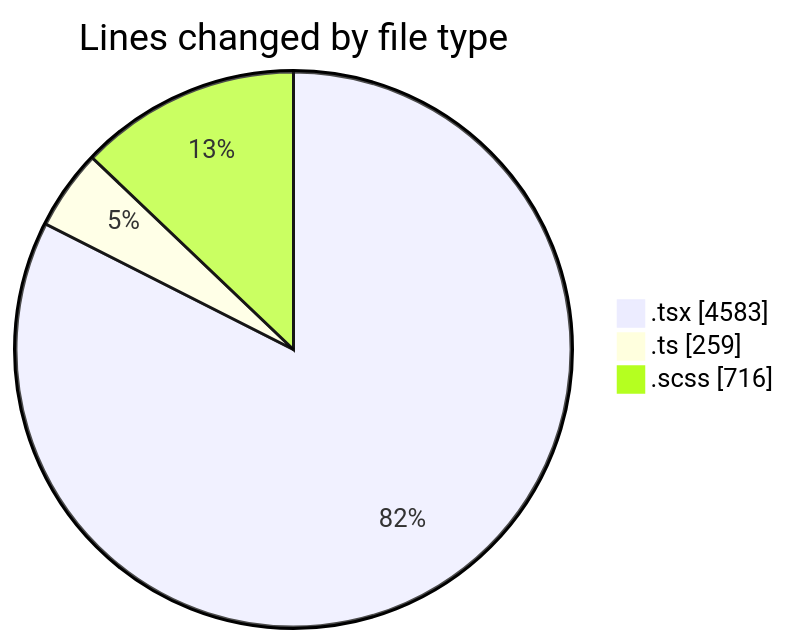
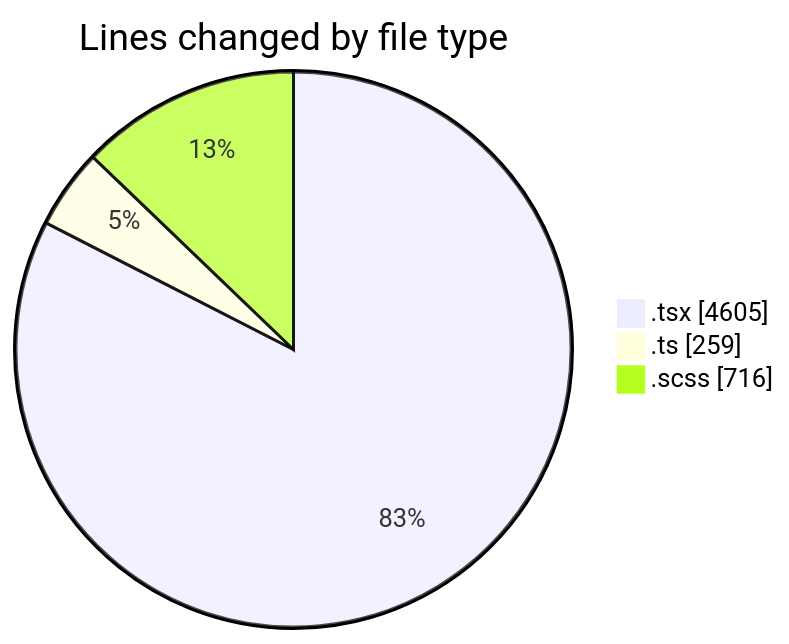
One commit to momahboobian/code-tracking changed the first of 2 diagrams in 2025-09-15/cda/README.md. Above: the diagram before and after it, drawn with Mermaid. The commit also changed other lines of this file and 1 other file, not shown here.

````diff
--- a/2025-09-15/cda/README.md
+++ b/2025-09-15/cda/README.md
@@ -26,7 +26,7 @@
 ```mermaid
 pie showData
 title Lines changed by file type
-".tsx" : 4583
+".tsx" : 4605
 ".ts" : 259
 ".scss" : 716
 ```
````
